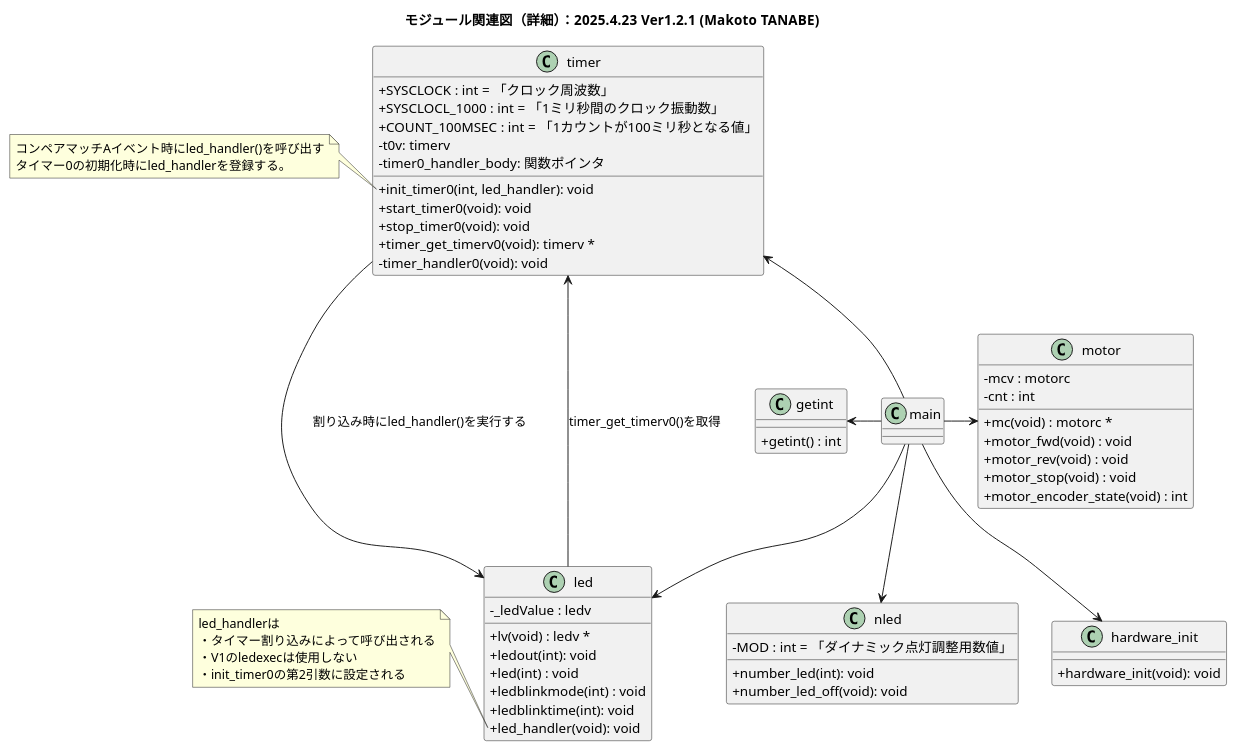
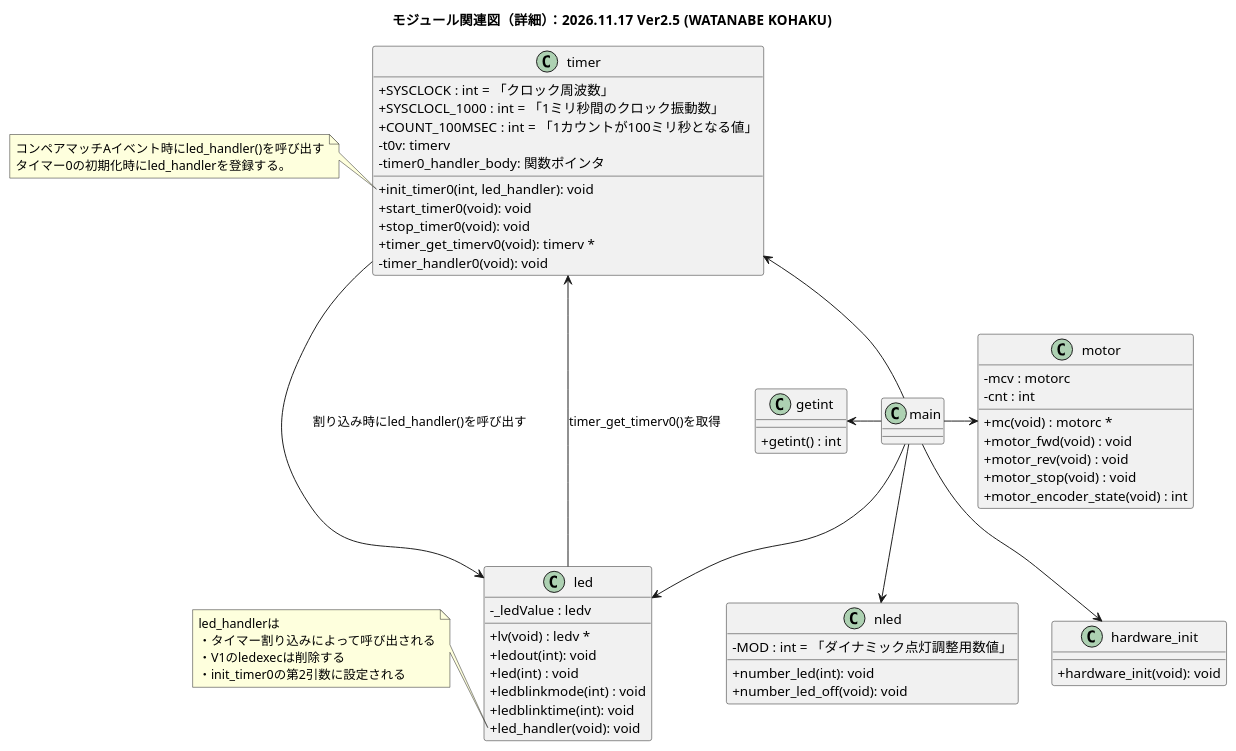
Before and after one commit to rebuildup/GRI-2nd: the diagram in AssociationChart/DetailModuleV2.pu, drawn with PlantUML. The commit also changed 11 other files, not shown here.

```diff
--- a/AssociationChart/DetailModuleV2.pu
+++ b/AssociationChart/DetailModuleV2.pu
@@ -1,84 +1,84 @@
 @startuml
 
 skinparam classAttributeIconSize 0
-title モジュール関連図（詳細）：2025.4.23 Ver1.2.1 (Makoto TANABE)
+title モジュール関連図（詳細）：2026.11.17 Ver2.5 (WATANABE KOHAKU)
 
 
 'クラスと属性・操作の定義
 class main {
 }
 
 
 class hardware_init {
   + hardware_init(void): void
 }
 
 class getint {
   +getint() : int
 }
 
 'V1.2 名称変更ledbflag->ledblinkmode
 class led {
   -_ledValue : ledv
   +lv(void) : ledv *
   +ledout(int): void
   +led(int) : void
   +ledblinkmode(int) : void
   +ledblinktime(int): void
   +led_handler(void): void
 }
 
 note left of led::led_handler
 led_handlerは
 ・タイマー割り込みによって呼び出される
-・V1のledexecは使用しない
+・V1のledexecは削除する
 ・init_timer0の第2引数に設定される
 end note
 
 class nled {
   -MOD : int = 「ダイナミック点灯調整用数値」
   +number_led(int): void
   +number_led_off(void): void
 }
 
 class motor {
  -mcv : motorc
  -cnt : int
  +mc(void) : motorc *
  +motor_fwd(void) : void
  +motor_rev(void) : void
  +motor_stop(void) : void
  +motor_encoder_state(void) : int
 }
 
 
 class timer {
   + SYSCLOCK : int = 「クロック周波数」
   + SYSCLOCL_1000 : int = 「1ミリ秒間のクロック振動数」
   + COUNT_100MSEC : int = 「1カウントが100ミリ秒となる値」 
   - t0v: timerv
   - timer0_handler_body: 関数ポインタ 
 
   + init_timer0(int, led_handler): void
   + start_timer0(void): void
   + stop_timer0(void): void
   + timer_get_timerv0(void): timerv *
   - timer_handler0(void): void
 }
 
 
 note left of timer::init_timer0
 コンペアマッチAイベント時にled_handler()を呼び出す
 タイマー0の初期化時にled_handlerを登録する。
 end note
 
 '関連
 main -u-> timer
 main --> hardware_init
 main -l-> getint
 main --> led
 main -d-> nled
 main -r-> motor
-timer --> led :割り込み時にled_handler()を実行する
+timer --> led :割り込み時にled_handler()を呼び出す
 timer <-- led :timer_get_timerv0()を取得
 @enduml
```
